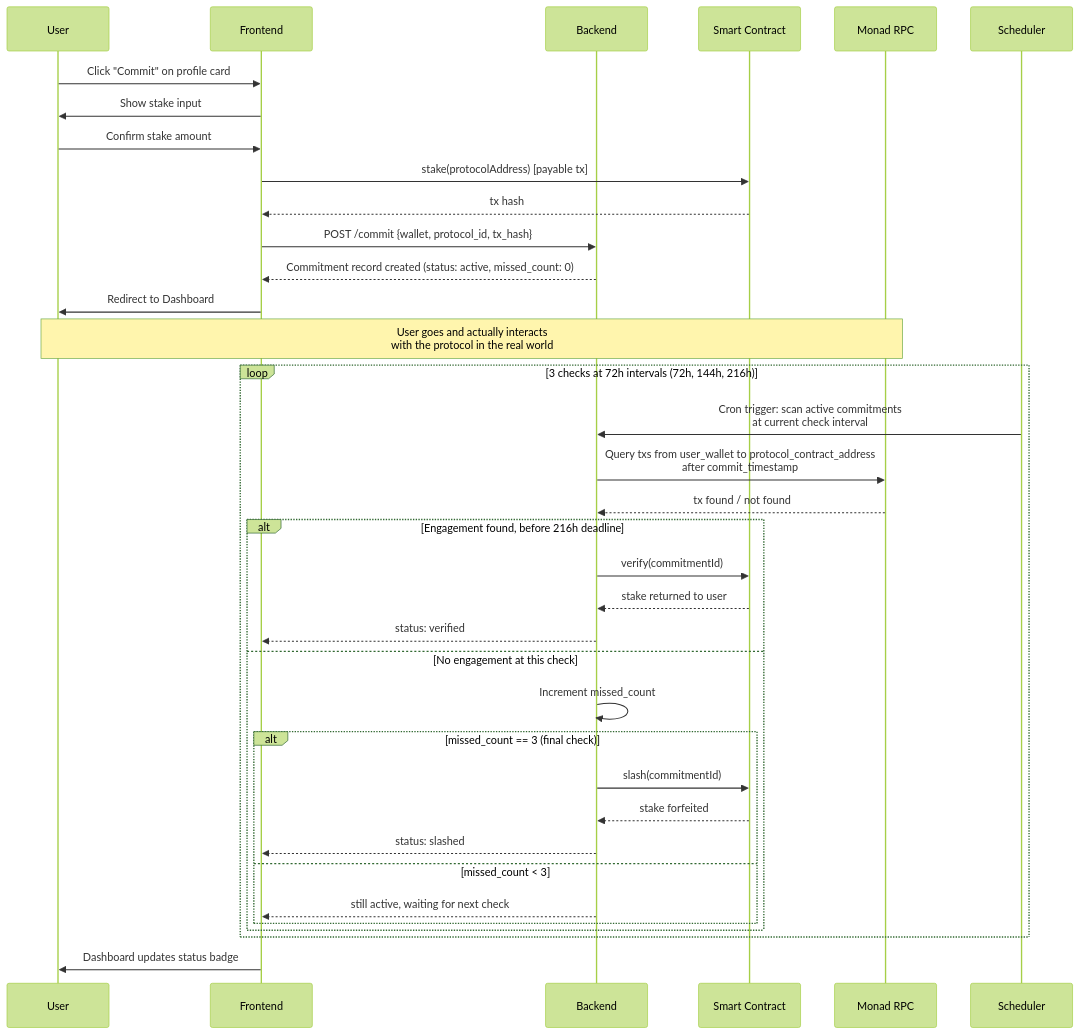
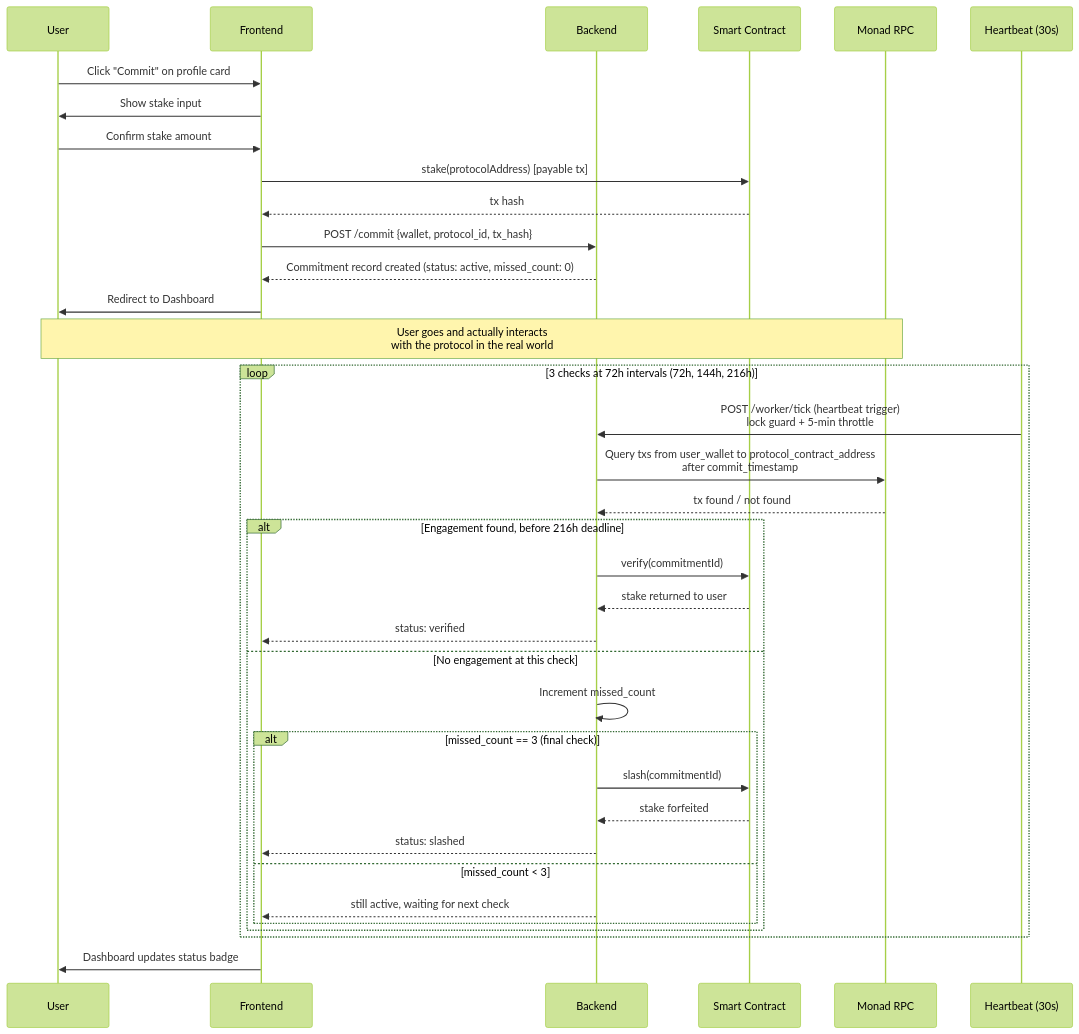
The second of 2 diagrams in Architecture.MD (tobiawolaju/KYP), drawn with Mermaid (forest theme) before and after one commit. The commit also changed other lines of this file and 10 other files, not shown here.

````diff
--- a/Architecture.MD
+++ b/Architecture.MD
@@ -119,41 +119,41 @@
 ```mermaid
 sequenceDiagram
     participant U as User
     participant F as Frontend
     participant B as Backend
     participant C as Smart Contract
     participant RPC as Monad RPC
-    participant Sched as Scheduler
+    participant HB as Heartbeat (30s)
 
     U->>F: Click "Commit" on profile card
     F->>U: Show stake input
     U->>F: Confirm stake amount
     F->>C: stake(protocolAddress) [payable tx]
     C-->>F: tx hash
     F->>B: POST /commit {wallet, protocol_id, tx_hash}
     B-->>F: Commitment record created (status: active, missed_count: 0)
     F->>U: Redirect to Dashboard
 
     Note over U,RPC: User goes and actually interacts<br/>with the protocol in the real world
 
     loop 3 checks at 72h intervals (72h, 144h, 216h)
-        Sched->>B: Cron trigger: scan active commitments<br/>at current check interval
+        HB->>B: POST /worker/tick (heartbeat trigger)<br/>lock guard + 5-min throttle
         B->>RPC: Query txs from user_wallet to protocol_contract_address<br/>after commit_timestamp
         RPC-->>B: tx found / not found
         alt Engagement found, before 216h deadline
             B->>C: verify(commitmentId)
             C-->>B: stake returned to user
             B-->>F: status: verified
         else No engagement at this check
             B->>B: Increment missed_count
             alt missed_count == 3 (final check)
                 B->>C: slash(commitmentId)
                 C-->>B: stake forfeited
                 B-->>F: status: slashed
             else missed_count < 3
                 B-->>F: still active, waiting for next check
             end
         end
     end
     F->>U: Dashboard updates status badge
 ```
````
